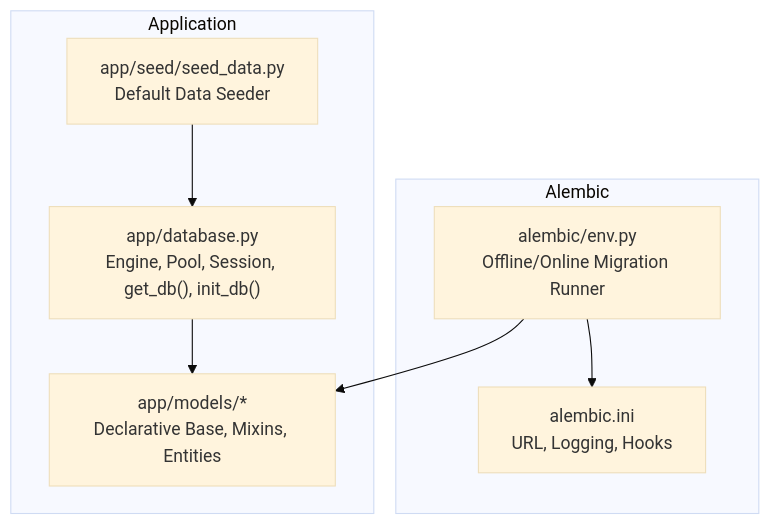
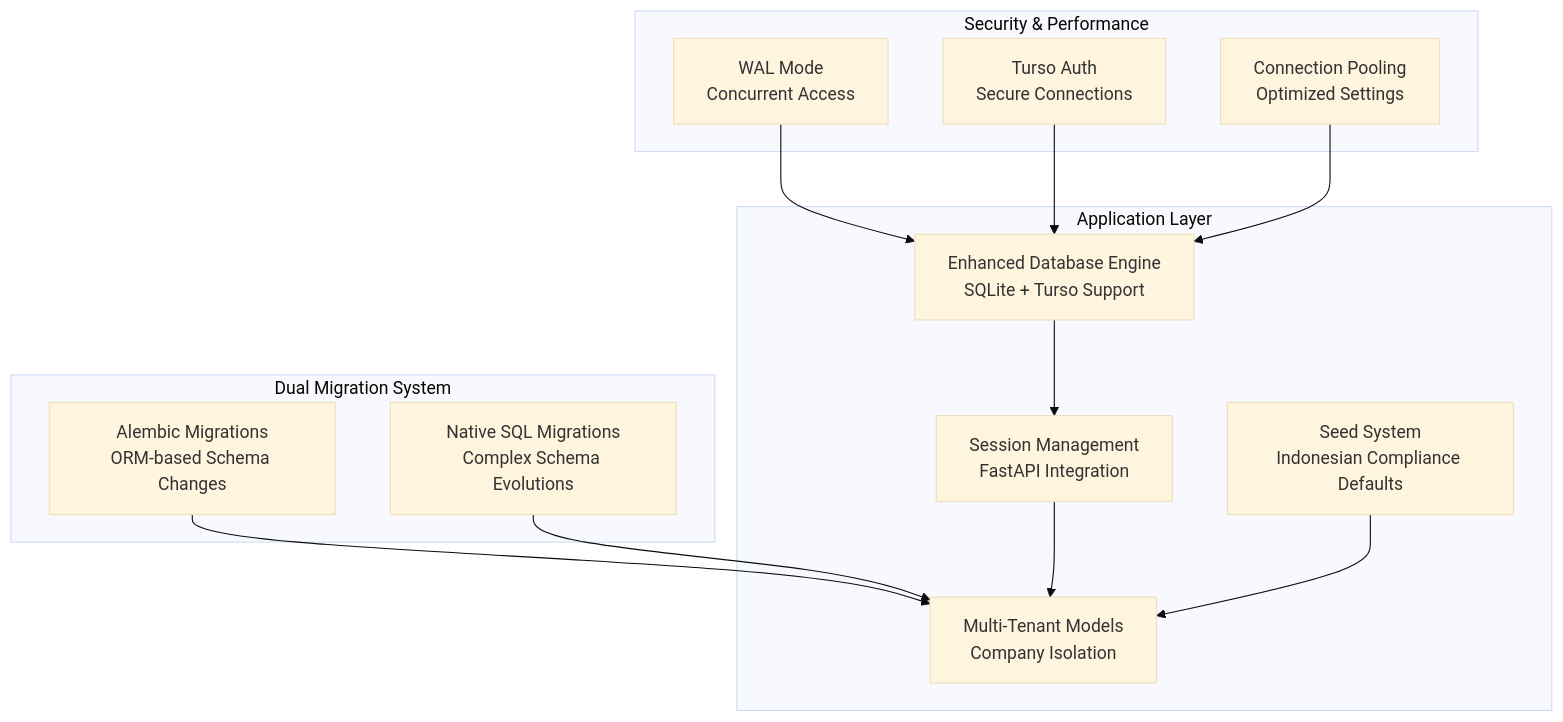
One commit to bikinaplikasipakeqoder-dot/payroll-hris changed the first of 6 diagrams in .qoder/repowiki/en/content/Database Configuration.md. Above: the diagram before and after it, drawn with Mermaid (base theme). The commit also changed other lines of this file and 22 other files, not shown here.

````diff
--- a/.qoder/repowiki/en/content/Database Configuration.md
+++ b/.qoder/repowiki/en/content/Database Configuration.md
@@ -39,16 +53,26 @@
 ```mermaid
 graph TB
-subgraph "Application"
-DB["app/database.py<br/>Engine, Pool, Session, get_db(), init_db()"]
-MODELS["app/models/*<br/>Declarative Base, Mixins, Entities"]
-SEED["app/seed/seed_data.py<br/>Default Data Seeder"]
+subgraph "Dual Migration System"
+ALEMBIC["Alembic Migrations<br/>ORM-based Schema Changes"]
+SQL_MIGRATIONS["Native SQL Migrations<br/>Complex Schema Evolutions"]
 end
-subgraph "Alembic"
-ENV["alembic/env.py<br/>Offline/Online Migration Runner"]
-CONF["alembic.ini<br/>URL, Logging, Hooks"]
+subgraph "Application Layer"
+ENGINE["Enhanced Database Engine<br/>SQLite + Turso Support"]
+SESSION["Session Management<br/>FastAPI Integration"]
+MODELS["Multi-Tenant Models<br/>Company Isolation"]
+SEED["Seed System<br/>Indonesian Compliance Defaults"]
 end
-DB --> MODELS
-SEED --> DB
-ENV --> MODELS
-ENV --> CONF
+subgraph "Security & Performance"
+WAL["WAL Mode<br/>Concurrent Access"]
+AUTH["Turso Auth<br/>Secure Connections"]
+POOL["Connection Pooling<br/>Optimized Settings"]
+end
+ALEMBIC --> MODELS
+SQL_MIGRATIONS --> MODELS
+ENGINE --> SESSION
+SESSION --> MODELS
+SEED --> MODELS
+WAL --> ENGINE
+AUTH --> ENGINE
+POOL --> ENGINE
 ```
````
